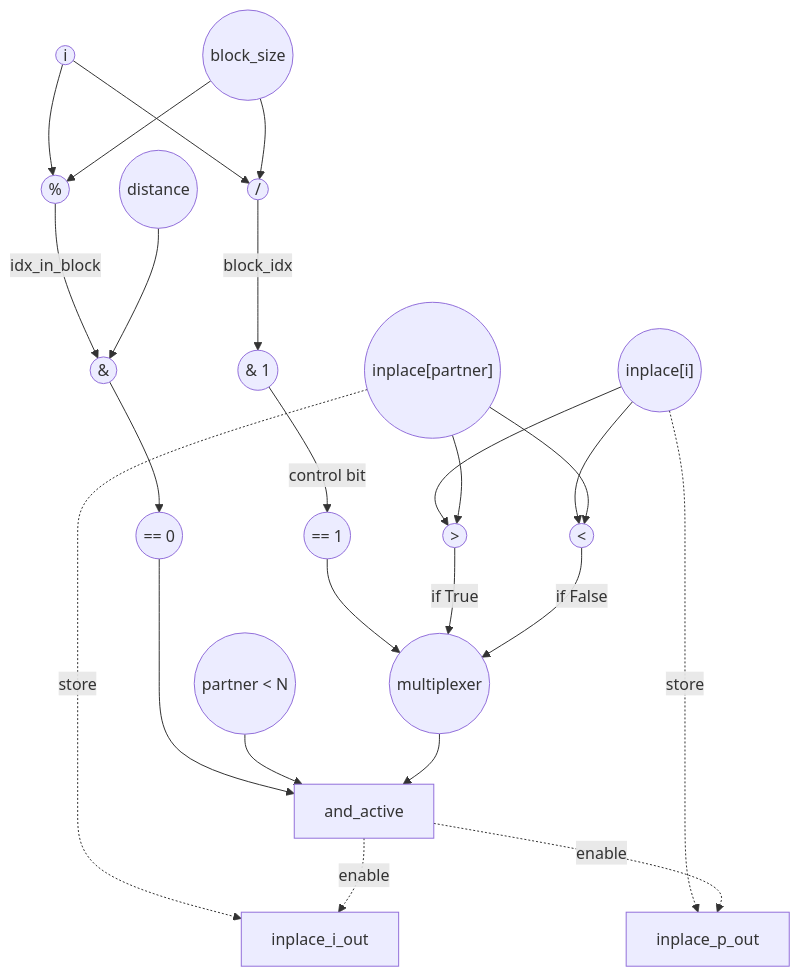
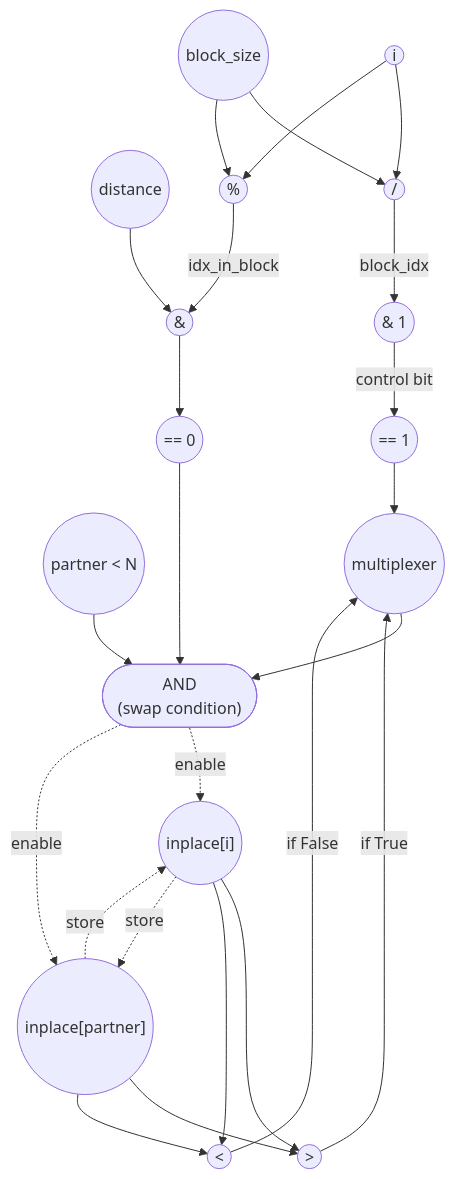
The diagram in tests/app/bitonic_stage/bitonic_stage_eval.md (PolyArch/loom), drawn with Mermaid before and after one commit. The commit also changed other lines of this file and 3 other files, not shown here.

````diff
--- a/tests/app/bitonic_stage/bitonic_stage_eval.md
+++ b/tests/app/bitonic_stage/bitonic_stage_eval.md
@@ -21,57 +85,58 @@
 ```mermaid
 graph TD
     %% Inputs
     i(("i"))
     block_size(("block_size"))
     inplace_i(("inplace[i]"))
     distance(("distance"))
     inplace_p(("inplace[partner]"))
 
     %% Control-predicate chain
     div((" / "))
     mod((" % "))
     band_asc((" & 1 "))
     cmp_asc((" == 1 "))
     band_pred((" & "))
     cmp_pred((" == 0 "))
     cmp_in_bounds((" partner < N "))
 
     %% Data-compare chain
     cmp_gt((" > "))
     cmp_lt((" < "))
 
     sel_dir((" multiplexer "))
+    and_active(["AND<br>(swap condition)"])
 
     %% block_idx = i / block_size; ascending = (block_idx & 1) == 0
     i --> div & mod
     block_size --> div & mod
     div -->|block_idx| band_asc
     band_asc -->|control bit| cmp_asc
     cmp_asc --> sel_dir
 
     %% predicate = (idx_in_block & distance) == 0
     mod -->|idx_in_block| band_pred
     distance --> band_pred
     band_pred --> cmp_pred
 
     %% in-bounds = partner < N (partner = i + distance, index arith — not a counted op) NOT SHOWN
 
     %% Loaded values feed the direction-selected compare
     inplace_i --> cmp_gt & cmp_lt
     inplace_p --> cmp_gt & cmp_lt
     cmp_gt -->|if True| sel_dir
     cmp_lt -->|if False| sel_dir
 
     %% Final swap-enable
     cmp_pred --> and_active
     cmp_in_bounds --> and_active
     sel_dir --> and_active
 
     %% Predicated swap stores
-    inplace_p -.store.-> inplace_i_out
-    inplace_i -.store.-> inplace_p_out
-    and_active -.enable.-> inplace_i_out
-    and_active -.enable.-> inplace_p_out
+    inplace_p -.store.-> inplace_i
+    inplace_i -.store.-> inplace_p
+    and_active -.enable.-> inplace_i
+    and_active -.enable.-> inplace_p
 
     %% Critical Path N/A — feed-forward only (II = 1)
 ```
````
